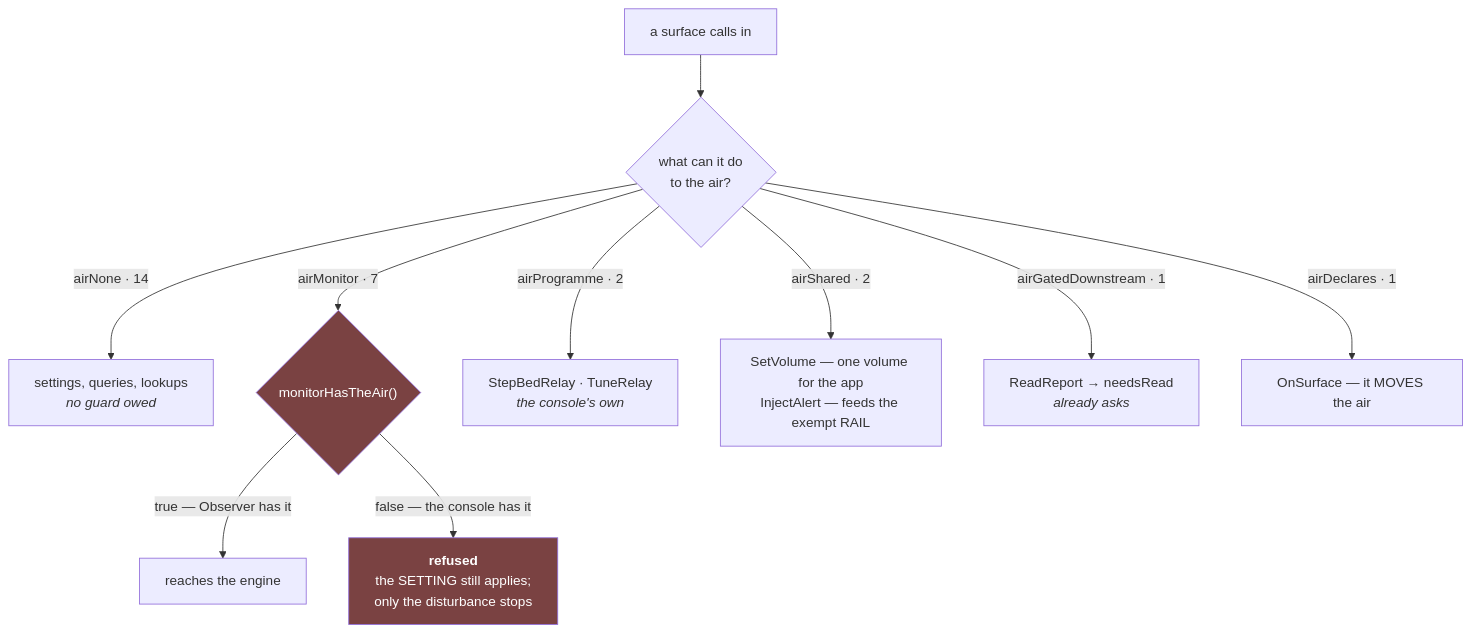
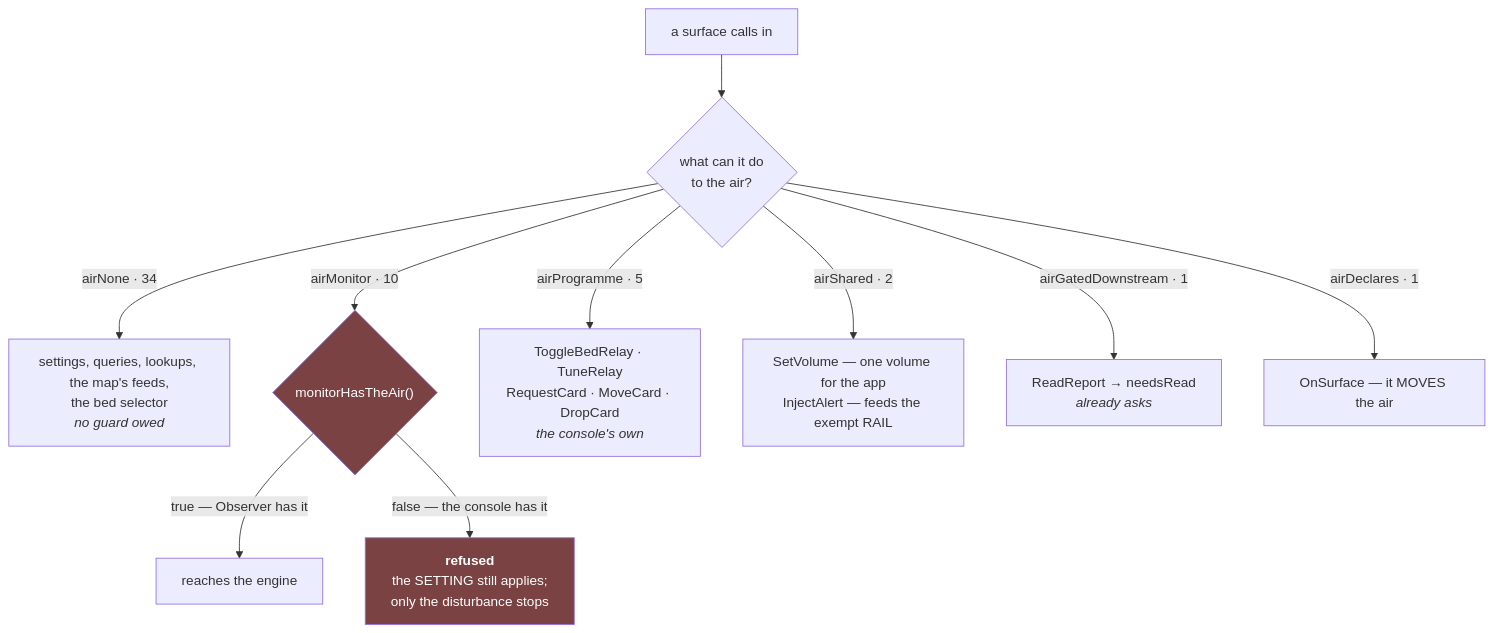
Before and after one commit to branden-thompson/watchpost: the fourth of 5 diagrams in 06_docs/02_features/0.16.0-broadcaster-ui/03-architecture-design/as-built-air-and-deck.md, drawn with Mermaid. The commit also changed other lines of this file and 849 other files, not shown here.

````diff
--- a/06_docs/02_features/0.16.0-broadcaster-ui/03-architecture-design/as-built-air-and-deck.md
+++ b/06_docs/02_features/0.16.0-broadcaster-ui/03-architecture-design/as-built-air-and-deck.md
@@ -128,17 +128,17 @@
 ```mermaid
 flowchart TB
   SURF["a surface calls in"] --> CLS{"what can it do<br/>to the air?"}
 
-  CLS -->|airNone · 14| NONE["settings, queries, lookups<br/><i>no guard owed</i>"]
-  CLS -->|airMonitor · 7| MON{"monitorHasTheAir()"}
-  CLS -->|airProgramme · 2| PROG["StepBedRelay · TuneRelay<br/><i>the console's own</i>"]
+  CLS -->|airNone · 34| NONE["settings, queries, lookups, the map's feeds,<br/>the bed selector<br/><i>no guard owed</i>"]
+  CLS -->|airMonitor · 10| MON{"monitorHasTheAir()"}
+  CLS -->|airProgramme · 5| PROG["ToggleBedRelay · TuneRelay<br/>RequestCard · MoveCard · DropCard<br/><i>the console's own</i>"]
   CLS -->|airShared · 2| SHR["SetVolume — one volume for the app<br/>InjectAlert — feeds the exempt RAIL"]
   CLS -->|airGatedDownstream · 1| GD["ReadReport → needsRead<br/><i>already asks</i>"]
   CLS -->|airDeclares · 1| DEC["OnSurface — it MOVES the air"]
 
   MON -->|"true — Observer has it"| DO["reaches the engine"]
   MON -->|"false — the console has it"| REF["<b>refused</b><br/>the SETTING still applies;<br/>only the disturbance stops"]
 
   style MON fill:#7a4242,color:#fff
   style REF fill:#7a4242,color:#fff
 ```
````
